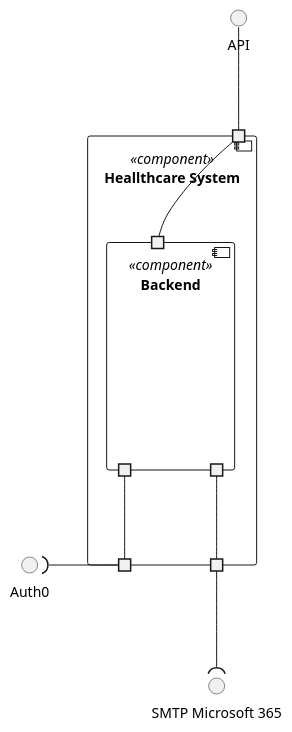
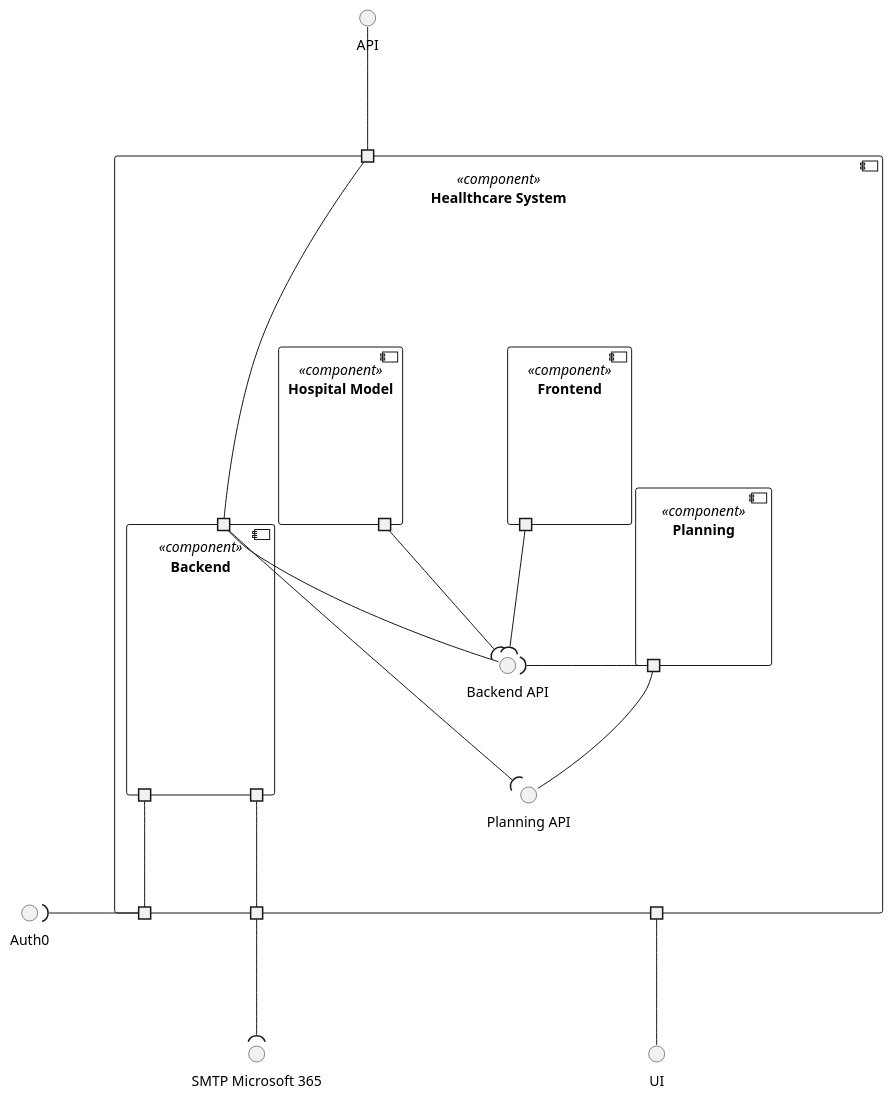
One commit to Lapr5G21/sem5pi-24-25-3ddg21 changed the diagram in docs/LogicViews/Level2/logicViewLevel2.puml. Above: the diagram before and after it, drawn with PlantUML. The commit also changed 13 other files, not shown here.

```diff
--- a/docs/LogicViews/Level2/logicViewLevel2.puml
+++ b/docs/LogicViews/Level2/logicViewLevel2.puml
@@ -1,36 +1,61 @@
 @startuml logical-view
 top to bottom direction
  
 
-skinparam nodesep 80
-skinparam ranksep 80
+skinparam nodesep 100
+skinparam ranksep 100
 
 interface "API" as API
 interface "Auth0" as AUTH0
 interface "SMTP Microsoft 365" as SMTP
+interface "UI" as UI
+
  
 component "Heallthcare System" <<component>> {
  
   portin " " as PIAPI
   portout " " as POAUTH0
   portout " " as POSMTP
+  portout " " as POUI
  
+ interface "Backend API" as BEAPI
+ interface "Planning API" as PAPI
+
+  component "Planning" <<component>> {
+    portout " " as POPLANNING
+  }
+
+  component "Frontend" <<component>> {
+    portout " " as POFE
+  }
+
+  component "Hospital Model" <<component>> {
+    portout " " as POHM
+  }
+
   component "Backend" <<component>> {
     portin " " as BEPI
     portout " " as BEPOAUTH0
     portout " " as BEPOSMTP
   }
  
+ POPLANNING -( BEAPI
+  POFE --( BEAPI
+  BEPI -- BEAPI
+  POHM --( BEAPI
+  BEPI -( PAPI
+  POPLANNING -- PAPI
 
  
 }
  
+POUI -- UI
 API -- PIAPI
 POAUTH0 -l-( AUTH0
 BEPOAUTH0 -- POAUTH0
 BEPI -- PIAPI
 POSMTP --( SMTP
 BEPOSMTP -- POSMTP
 
  
 @enduml
```
